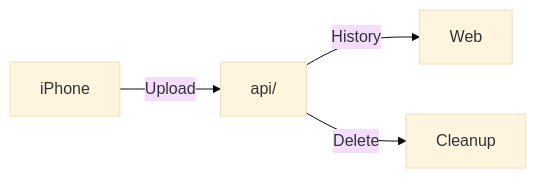
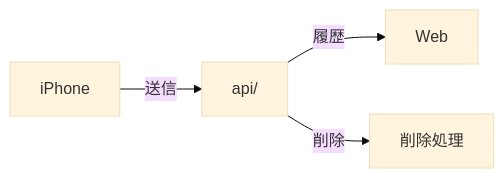
Before and after one commit to jinyongnan810/Beatavue: the diagram in api/README.md, drawn with Mermaid (base theme). The commit also changed other lines of this file and 15 other files, not shown here.

````diff
--- a/api/README.md
+++ b/api/README.md
@@ -7,6 +7,6 @@
 ```mermaid
 flowchart LR
-    Phone[iPhone] -->|Upload| API[api/]
-    API -->|History| Web[Web]
-    API -->|Delete| Cleanup[Cleanup]
+    Phone[iPhone] -->|送信| API[api/]
+    API -->|履歴| Web[Web]
+    API -->|削除| Cleanup[削除処理]
 ```
````
